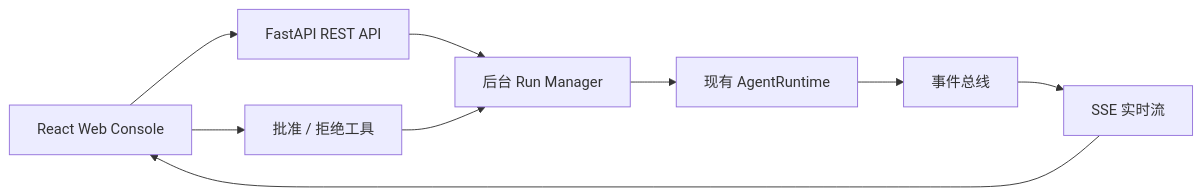
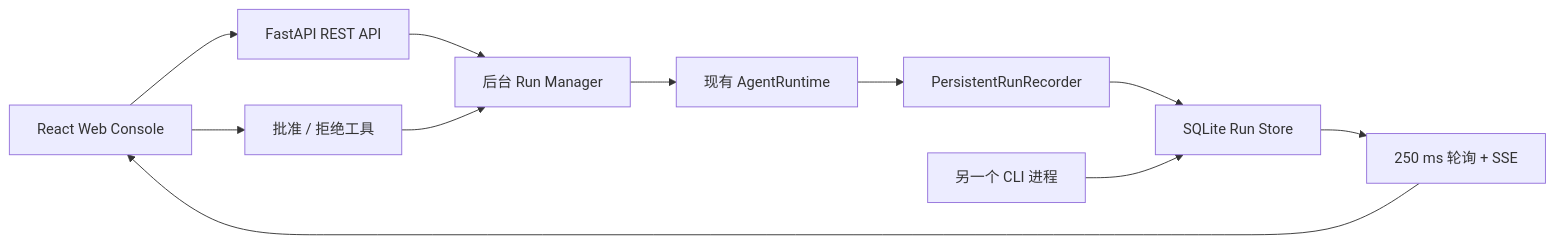
The third of 3 diagrams in docs/code-design.zh-CN.md (lucying-y/minicode-agent), drawn with Mermaid before and after one commit. The commit also changed other lines of this file and 15 other files, not shown here.

Commit message:
feat: share CLI and Web run timelines

````diff
--- a/docs/code-design.zh-CN.md
+++ b/docs/code-design.zh-CN.md
@@ -751,11 +778,13 @@
 ```mermaid
 flowchart LR
     React["React Web Console"] --> API["FastAPI REST API"]
     API --> Manager["后台 Run Manager"]
     Manager --> Runtime["现有 AgentRuntime"]
-    Runtime --> Events["事件总线"]
-    Events --> SSE["SSE 实时流"]
+    Runtime --> Recorder["PersistentRunRecorder"]
+    Recorder --> Store["SQLite Run Store"]
+    CLI["另一个 CLI 进程"] --> Store
+    Store --> SSE["250 ms 轮询 + SSE"]
     SSE --> React
     React --> Approval["批准 / 拒绝工具"]
     Approval --> Manager
 ```
````
